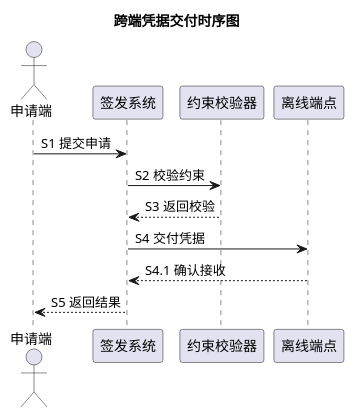
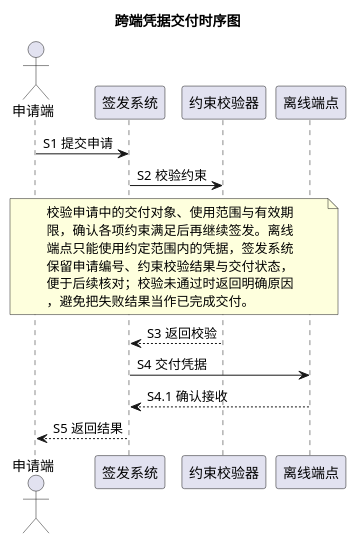
Before and after one commit to iampkuhz/feipi-agent-kit: the diagram in skills/diagram/feipi-plantuml-generate-diagram/assets/examples/sequence/sequence-process-s-diagram.example.puml, drawn with PlantUML. The commit also changed 14 other files, not shown here.

Commit message:
feat(plantuml): 随时序需求批量规划消息注释

```diff
--- a/skills/diagram/feipi-plantuml-generate-diagram/assets/examples/sequence/sequence-process-s-diagram.example.puml
+++ b/skills/diagram/feipi-plantuml-generate-diagram/assets/examples/sequence/sequence-process-s-diagram.example.puml
@@ -1,15 +1,23 @@
 @startuml
 title 跨端凭据交付时序图
 skinparam nodesep 30
 skinparam ranksep 50
 actor "申请端" as requester
 participant "签发系统" as issuer
 participant "约束校验器" as verifier
 participant "离线端点" as endpoint
 requester -> issuer : S1 提交申请
 issuer -> verifier : S2 校验约束
+note across
+校验申请中的交付对象、使用范围与有效期
+限，确认各项约束满足后再继续签发。离线
+端点只能使用约定范围内的凭据，签发系统
+保留申请编号、约束校验结果与交付状态，
+便于后续核对；校验未通过时返回明确原因
+，避免把失败结果当作已完成交付。
+end note
 verifier --> issuer : S3 返回校验
 issuer -> endpoint : S4 交付凭据
 endpoint --> issuer : S4.1 确认接收
 issuer --> requester : S5 返回结果
 @enduml
```
